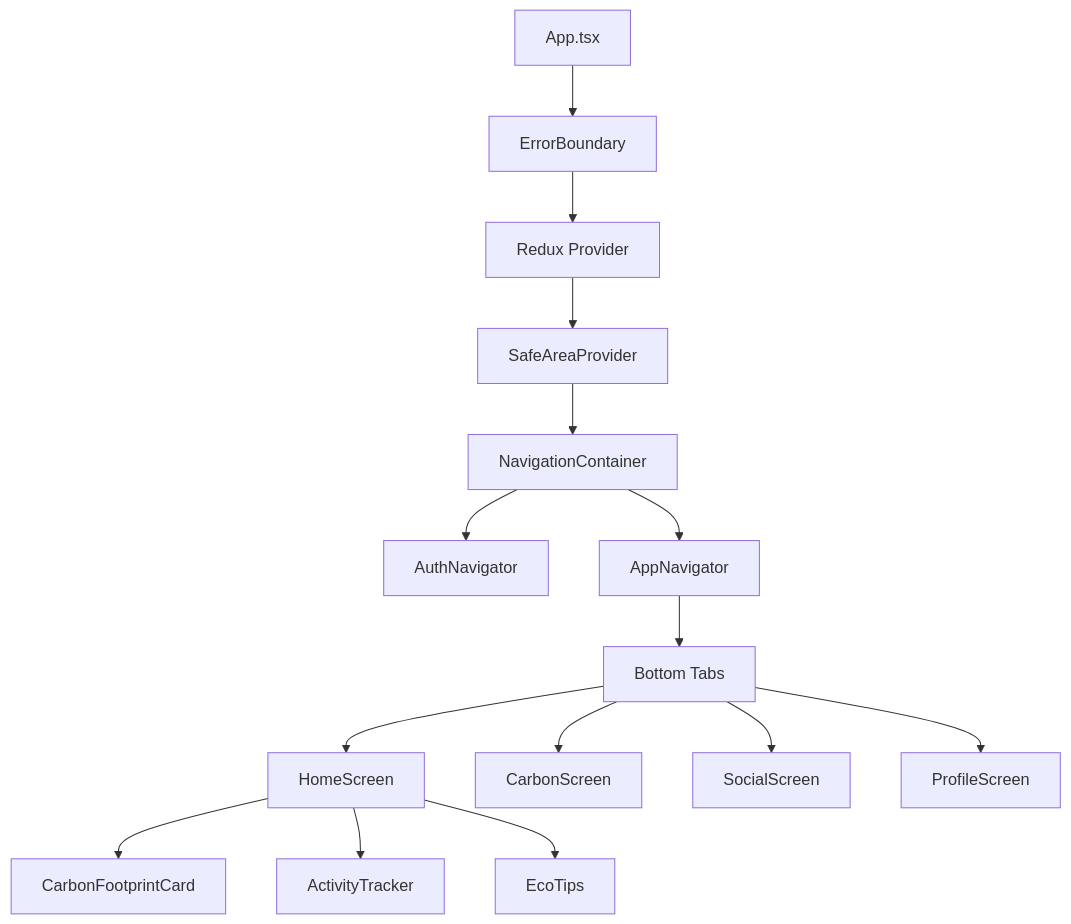
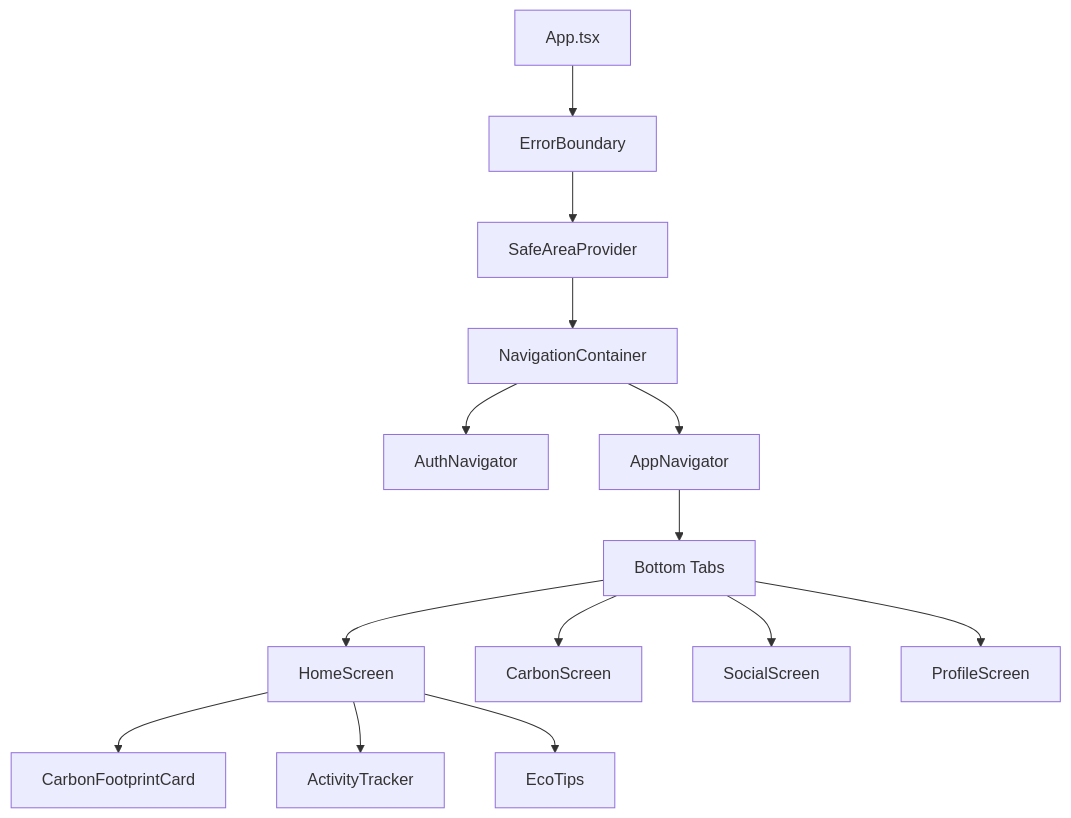
The fourth of 23 diagrams in docs/ARCHITECTURE.md (Yogendra96/Kindred), drawn with Mermaid before and after one commit. The commit also changed other lines of this file and 220 other files, not shown here.

````diff
--- a/docs/ARCHITECTURE.md
+++ b/docs/ARCHITECTURE.md
@@ -140,20 +182,19 @@
 ```mermaid
 graph TD
   APP[App.tsx] --> ERROR_BOUNDARY[ErrorBoundary]
-  ERROR_BOUNDARY --> PROVIDER[Redux Provider]
-  PROVIDER --> SAFE_AREA[SafeAreaProvider]
+  ERROR_BOUNDARY --> SAFE_AREA[SafeAreaProvider]
   SAFE_AREA --> NAV_CONTAINER[NavigationContainer]
 
   NAV_CONTAINER --> AUTH_NAV[AuthNavigator]
   NAV_CONTAINER --> APP_NAV[AppNavigator]
 
   APP_NAV --> TABS[Bottom Tabs]
   TABS --> HOME[HomeScreen]
   TABS --> CARBON[CarbonScreen]
   TABS --> SOCIAL[SocialScreen]
   TABS --> PROFILE[ProfileScreen]
 
   HOME --> CARBON_CARD[CarbonFootprintCard]
   HOME --> ACTIVITY_TRACKER[ActivityTracker]
   HOME --> ECO_TIPS[EcoTips]
 ```
````
